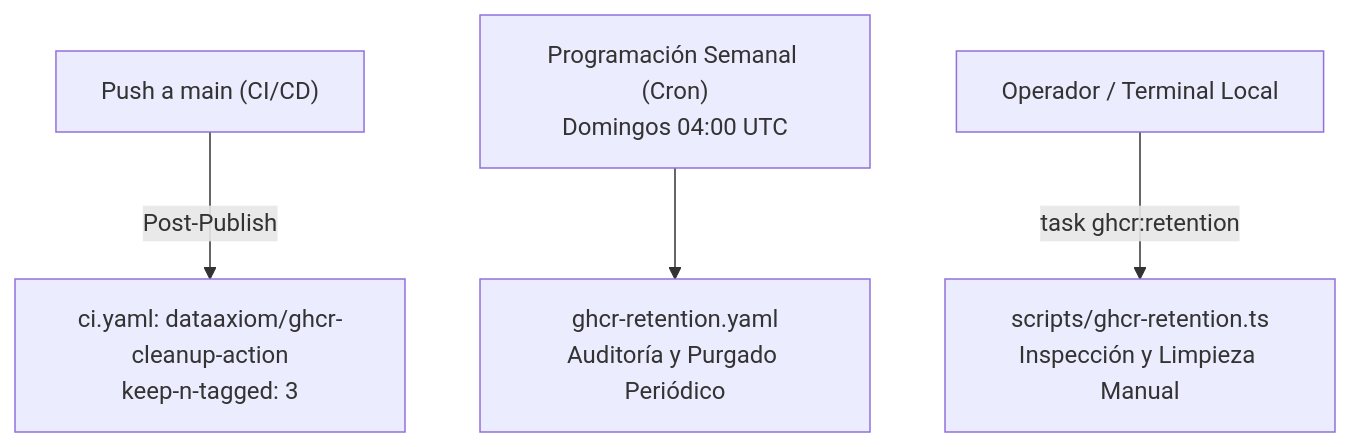
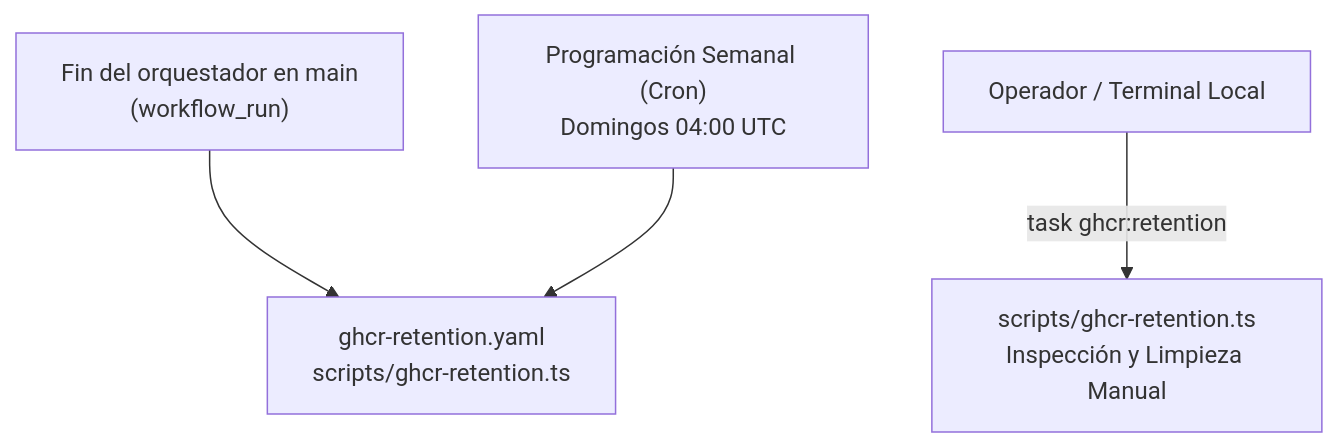
The diagram in docs/operations/GHCR_RETENTION_POLICY.md (rocapellino/pokedex), drawn with Mermaid before and after one commit. The commit also changed other lines of this file and 15 other files, not shown here.

````diff
--- a/docs/operations/GHCR_RETENTION_POLICY.md
+++ b/docs/operations/GHCR_RETENTION_POLICY.md
@@ -22,6 +22,6 @@
 ```mermaid
 flowchart TD
-    A["Push a main (CI/CD)"] -->|Post-Publish| B["ci.yaml: dataaxiom/ghcr-cleanup-action<br/>keep-n-tagged: 3"]
-    C["Programación Semanal (Cron)<br/>Domingos 04:00 UTC"] --> D["ghcr-retention.yaml<br/>Auditoría y Purgado Periódico"]
+    A["Fin del orquestador en main<br/>(workflow_run)"] --> D["ghcr-retention.yaml<br/>scripts/ghcr-retention.ts"]
+    C["Programación Semanal (Cron)<br/>Domingos 04:00 UTC"] --> D
     E["Operador / Terminal Local"] -->|task ghcr:retention| F["scripts/ghcr-retention.ts<br/>Inspección y Limpieza Manual"]
 ```
````
